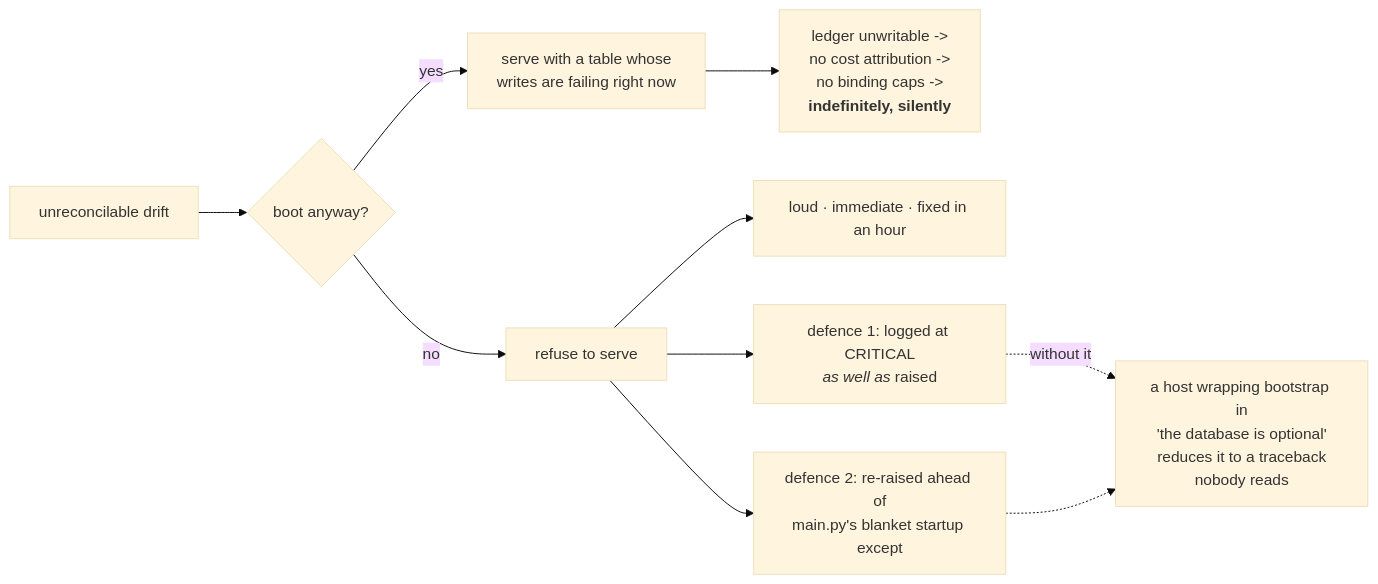
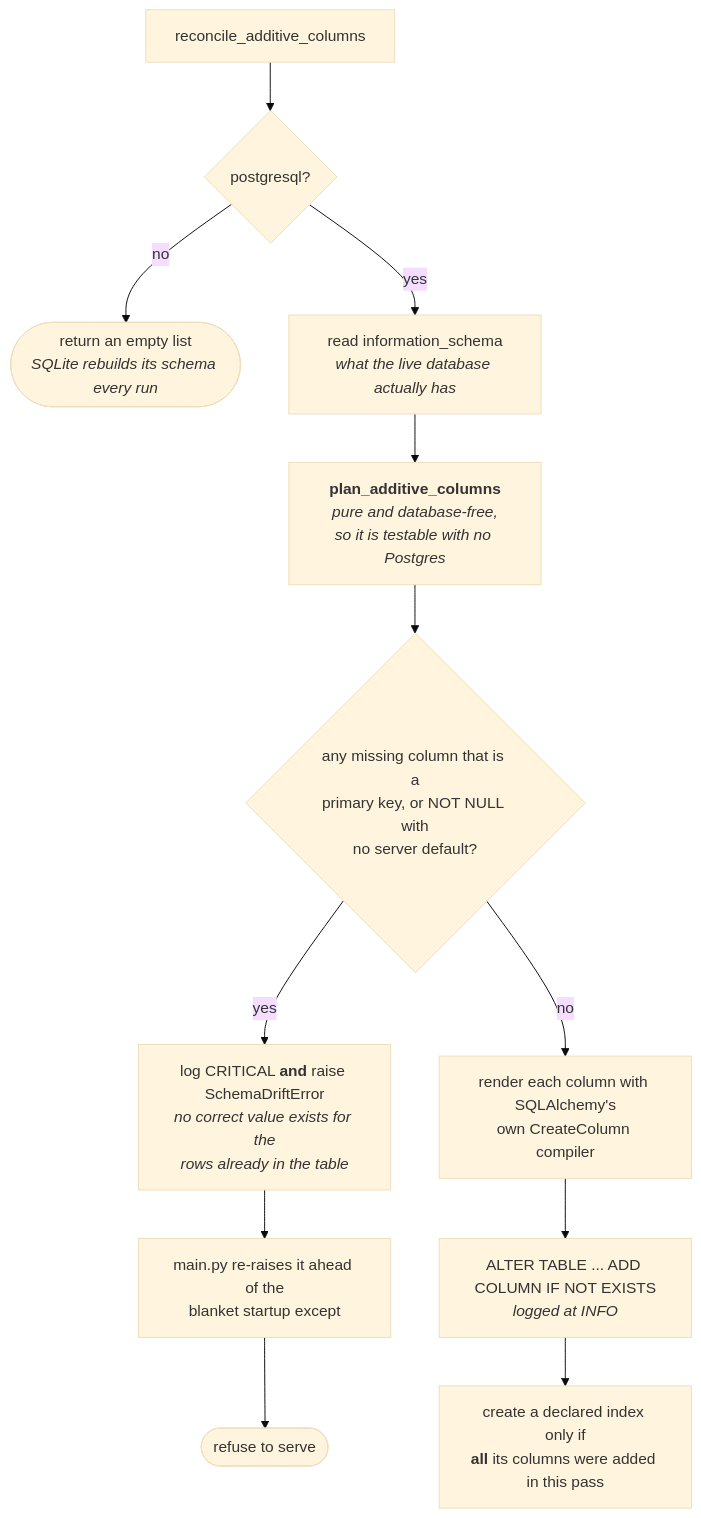
Before and after one commit to yrevash/aegis: the fourth of 5 diagrams in docs/teaching/data/40-diagrams.md, drawn with Mermaid (base theme). The commit also changed other lines of this file and 111 other files, not shown here.

````diff
--- a/docs/teaching/data/40-diagrams.md
+++ b/docs/teaching/data/40-diagrams.md
@@ -173,16 +117,18 @@
 ```mermaid
-flowchart LR
-    DRIFT["unreconcilable drift"] --> C{"boot anyway?"}
+flowchart TB
+    START["reconcile_additive_columns"] --> DIA{"postgresql?"}
+    DIA -->|no| SKIP(["return an empty list<br/><i>SQLite rebuilds its schema every run</i>"])
 
-    C -->|yes| RUN["serve with a table whose<br/>writes are failing right now"]
-    RUN --> INV["ledger unwritable -><br/>no cost attribution -><br/>no binding caps -><br/><b>indefinitely, silently</b>"]
+    DIA -->|yes| EX["read information_schema<br/><i>what the live database actually has</i>"]
+    EX --> PLAN["<b>plan_additive_columns</b><br/><i>pure and database-free,<br/>so it is testable with no Postgres</i>"]
 
-    C -->|no| REF["refuse to serve"]
-    REF --> FIX["loud · immediate · fixed in an hour"]
+    PLAN --> Q{"any missing column that is a<br/>primary key, or NOT NULL with<br/>no server default?"}
 
-    REF --> P1["defence 1: logged at CRITICAL<br/><i>as well as</i> raised"]
-    REF --> P2["defence 2: re-raised ahead of<br/>main.py's blanket startup except"]
+    Q -->|yes| CRIT["log CRITICAL <b>and</b> raise SchemaDriftError<br/><i>no correct value exists for the<br/>rows already in the table</i>"]
+    CRIT --> MAIN["main.py re-raises it ahead of the<br/>blanket startup except"]
+    MAIN --> REFUSE(["refuse to serve"])
 
-    P1 -.->|without it| SWAL["a host wrapping bootstrap in<br/>'the database is optional'<br/>reduces it to a traceback<br/>nobody reads"]
-    P2 -.-> SWAL
+    Q -->|no| DDL["render each column with SQLAlchemy's<br/>own CreateColumn compiler"]
+    DDL --> ALTER["ALTER TABLE ... ADD COLUMN IF NOT EXISTS<br/><i>logged at INFO</i>"]
+    ALTER --> IDX["create a declared index only if<br/><b>all</b> its columns were added in this pass"]
 ```
````
